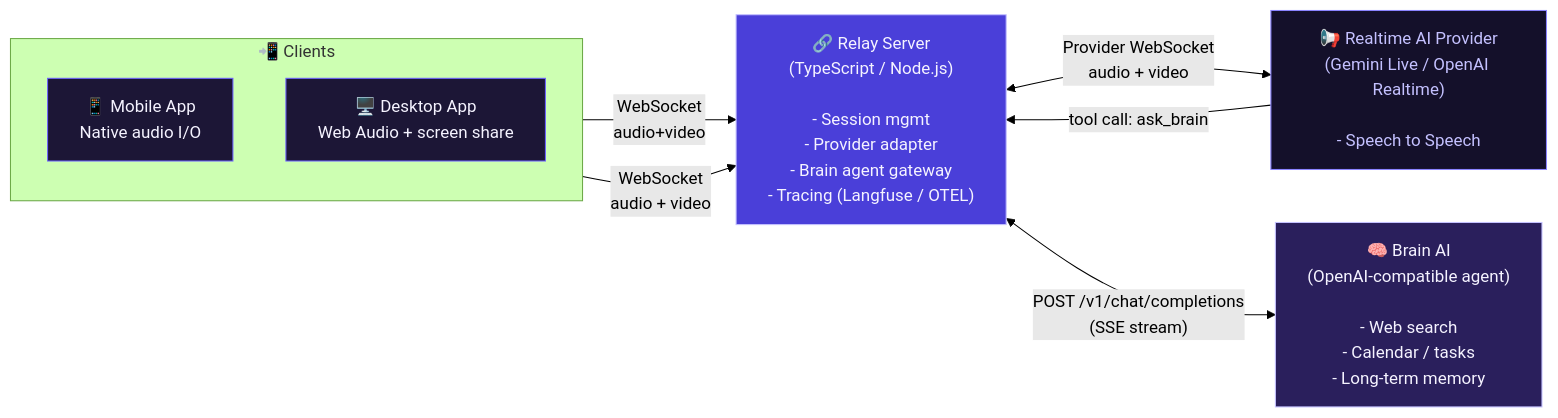
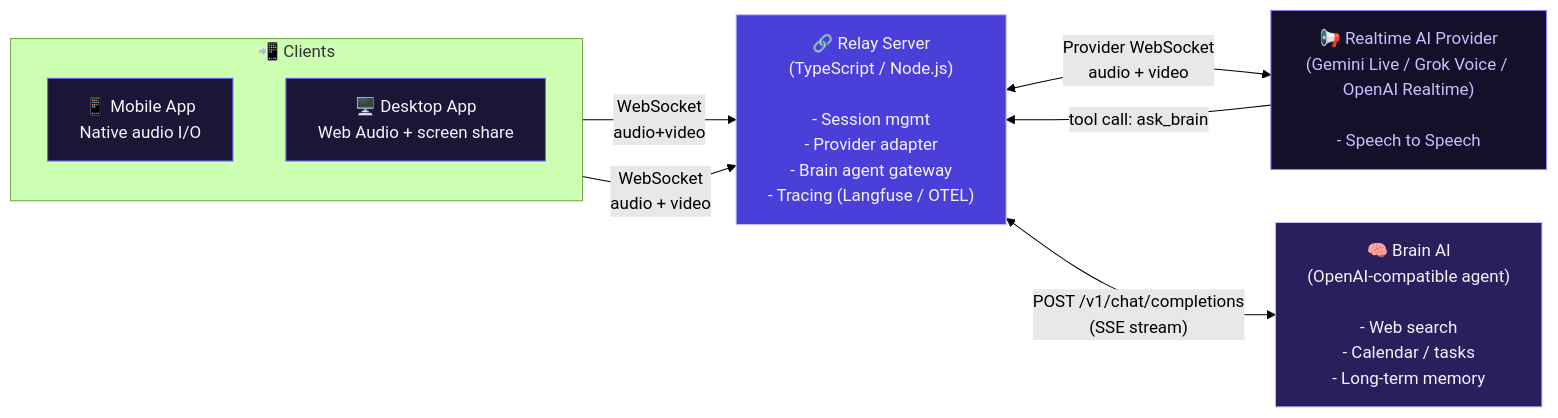
One commit to yagudaev/voiceclaw changed the diagram in README.md. Above: the diagram before and after it, drawn with Mermaid (forest theme). The commit also changed other lines of this file and 18 other files, not shown here.

Commit message:
Add Grok Voice realtime model (NAN-655)

````diff
--- a/README.md
+++ b/README.md
@@ -87,27 +87,27 @@
 ```mermaid
 ---
 config:
   layout: dagre
 ---
 flowchart LR
  subgraph Clients["📲 Clients"]
     direction TB
         Mobile["📱 Mobile App<br>Native audio I/O"]
         Desktop["🖥️ Desktop App<br>Web Audio + screen share"]
   end
     Mobile -- WebSocket<br>audio+video --> Relay["🔗 Relay Server<br>(TypeScript / Node.js)<br><br>- Session mgmt<br>- Provider adapter<br>- Brain agent gateway<br>- Tracing (Langfuse / OTEL)"]
     Desktop -- WebSocket<br>audio + video --> Relay
-    Relay <-- Provider WebSocket<br>audio + video --> Provider["📢 Realtime AI Provider<br>(Gemini Live / OpenAI Realtime)<br><br>- Speech to Speech"]
+    Relay <-- Provider WebSocket<br>audio + video --> Provider["📢 Realtime AI Provider<br>(Gemini Live / Grok Voice / OpenAI Realtime)<br><br>- Speech to Speech"]
     Provider -- tool call: ask_brain --> Relay
     Relay <-- POST /v1/chat/completions<br>(SSE stream) --> Brain["🧠 Brain AI<br>(OpenAI-compatible agent)<br><br>- Web search<br>- Calendar / tasks<br>- Long-term memory"]
 
      Mobile:::clientStyle
      Desktop:::clientStyle
      Relay:::relayStyle
      Provider:::providerStyle
      Brain:::brainStyle
     classDef clientStyle fill:#1c1636,stroke:#6c63ff,color:#f5f3ff
     classDef relayStyle fill:#4a3fd9,stroke:#c4c1ff,color:#f5f3ff
     classDef providerStyle fill:#14102a,stroke:#8b84ff,color:#c4c1ff
     classDef brainStyle fill:#2a1f5c,stroke:#c4c1ff,color:#f5f3ff
 ```
````
